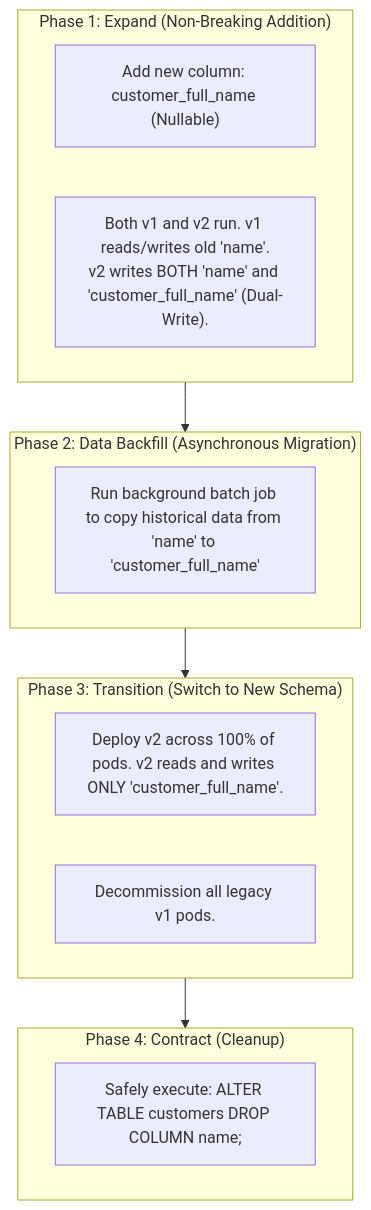
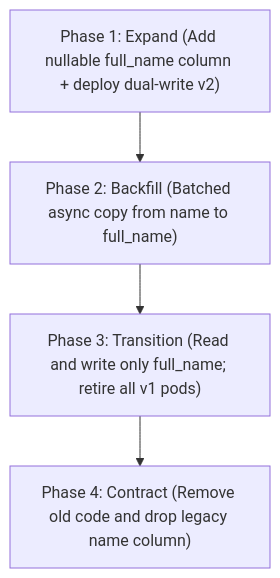
Before and after one commit to ravishankar2463/java_hub: the fourth of 5 diagrams in content/roadmap/level-13/zero-downtime-deployments-blue-green-and-canary.md, drawn with Mermaid. The commit also changed other lines of this file and 119 other files, not shown here.

Commit message:
feat: add comprehensive java learning roadmap content across multiple levels

````diff
--- a/content/roadmap/level-13/zero-downtime-deployments-blue-green-and-canary.md
+++ b/content/roadmap/level-13/zero-downtime-deployments-blue-green-and-canary.md
@@ -137,22 +315,6 @@
 ```mermaid
 flowchart TD
-    subgraph Phase1["Phase 1: Expand (Non-Breaking Addition)"]
-        E1["Add new column: customer_full_name (Nullable)"]
-        E2["Both v1 and v2 run. v1 reads/writes old 'name'.<br/>v2 writes BOTH 'name' and 'customer_full_name' (Dual-Write)."]
-    end
-
-    subgraph Phase2["Phase 2: Data Backfill (Asynchronous Migration)"]
-        B1["Run background batch job to copy historical data from 'name' to 'customer_full_name'"]
-    end
-
-    subgraph Phase3["Phase 3: Transition (Switch to New Schema)"]
-        T1["Deploy v2 across 100% of pods. v2 reads and writes ONLY 'customer_full_name'."]
-        T2["Decommission all legacy v1 pods."]
-    end
-
-    subgraph Phase4["Phase 4: Contract (Cleanup)"]
-        C1["Safely execute: ALTER TABLE customers DROP COLUMN name;"]
-    end
-
-    Phase1 --> Phase2 --> Phase3 --> Phase4
+    P1["Phase 1: Expand (Add nullable full_name column + deploy dual-write v2)"] --> P2["Phase 2: Backfill (Batched async copy from name to full_name)"]
+    P2 --> P3["Phase 3: Transition (Read and write only full_name; retire all v1 pods)"]
+    P3 --> P4["Phase 4: Contract (Remove old code and drop legacy name column)"]
 ```
````
